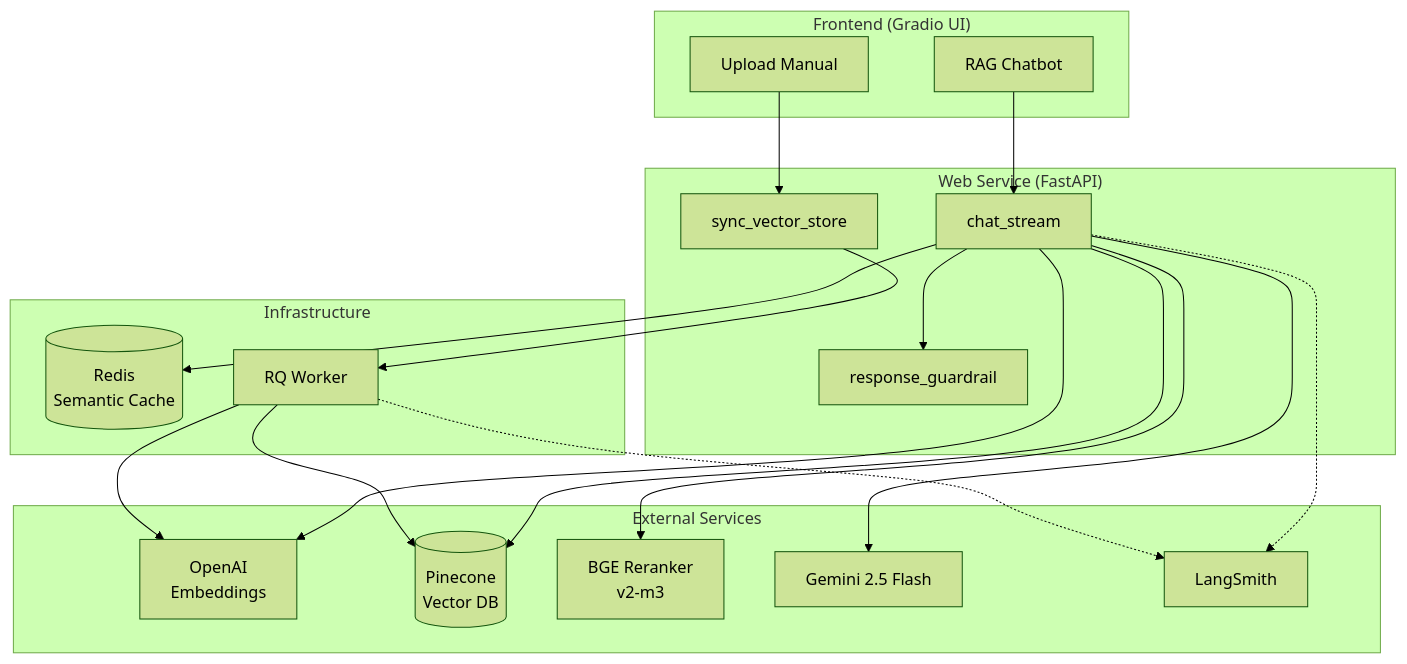
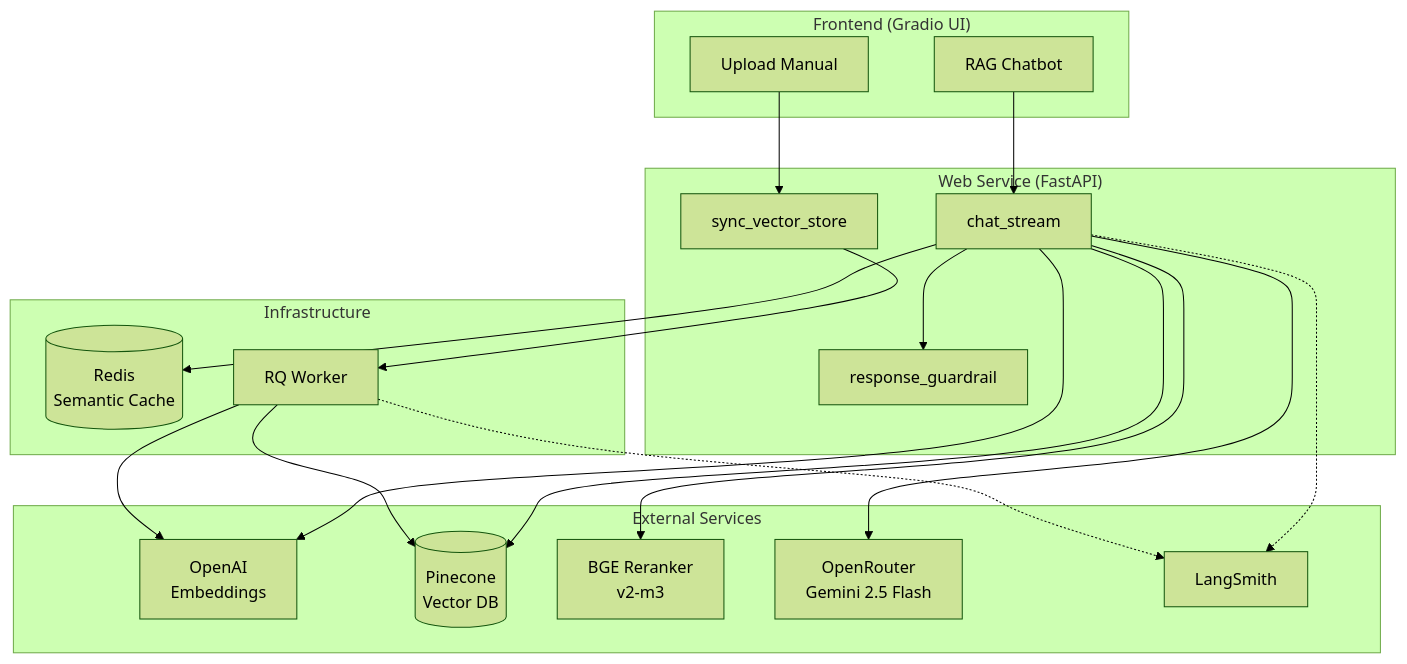
The first of 4 diagrams in architecture.md (albertkingdom/rag-chatbot-demo), drawn with Mermaid (forest theme) before and after one commit. The commit also changed other lines of this file and 1 other file, not shown here.

First line of the commit message:
docs: update documentation for OpenRouter migration and cache threshold

````diff
--- a/architecture.md
+++ b/architecture.md
@@ -5,42 +5,42 @@
 ```mermaid
 flowchart TB
     subgraph UI["Frontend (Gradio UI)"]
         Chatbot[RAG Chatbot]
         Upload[Upload Manual]
     end
 
     subgraph Web["Web Service (FastAPI)"]
         ChatStream[chat_stream]
         SyncJob[sync_vector_store]
         Guardrail[response_guardrail]
     end
 
     subgraph Infra["Infrastructure"]
         Redis[(Redis<br/>Semantic Cache)]
         Worker[RQ Worker]
     end
 
     subgraph External["External Services"]
         OpenAI[OpenAI<br/>Embeddings]
         Pinecone[(Pinecone<br/>Vector DB)]
         HuggingFace[BGE Reranker<br/>v2-m3]
-        Gemini[Gemini 2.5 Flash]
+        OpenRouter[OpenRouter<br/>Gemini 2.5 Flash]
         LangSmith[LangSmith]
     end
 
     Chatbot --> ChatStream
     Upload --> SyncJob
 
     ChatStream --> Redis
     ChatStream --> OpenAI
     ChatStream --> Pinecone
     ChatStream --> HuggingFace
-    ChatStream --> Gemini
+    ChatStream --> OpenRouter
     ChatStream --> Guardrail
     ChatStream -.-> LangSmith
 
     SyncJob --> Worker
     Worker --> OpenAI
     Worker --> Pinecone
     Worker -.-> LangSmith
 ```
````
